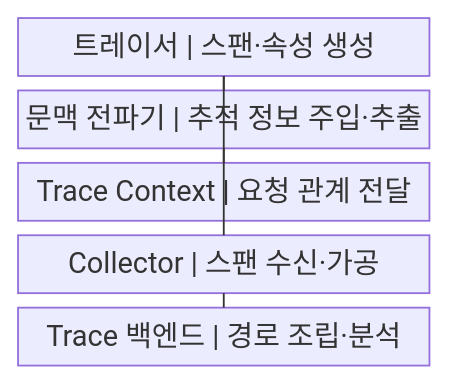
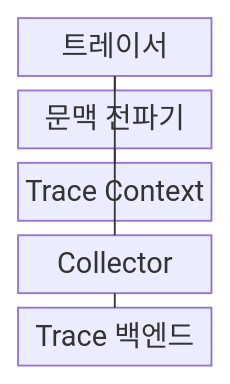
Before and after one commit to agnusdei1207/knowledge-base: the first of 2 diagrams in src/content/docs/notes/03-software/163_distributed_tracing.md, drawn with Mermaid. The commit also changed other lines of this file and 238 other files, not shown here.

````diff
--- a/src/content/docs/notes/03-software/163_distributed_tracing.md
+++ b/src/content/docs/notes/03-software/163_distributed_tracing.md
@@ -57,13 +57,13 @@
 ```mermaid
-block
+block-beta
     columns 1
-    A["트레이서 | 스팬·속성 생성"]
-    B["문맥 전파기 | 추적 정보 주입·추출"]
-    C["Trace Context | 요청 관계 전달"]
-    D["Collector | 스팬 수신·가공"]
-    E["Trace 백엔드 | 경로 조립·분석"]
+    A["트레이서"]
+    B["문맥 전파기"]
+    C["Trace Context"]
+    D["Collector"]
+    E["Trace 백엔드"]
     A --- B
     B --- C
     A --- D
     D --- E
 ```
````
